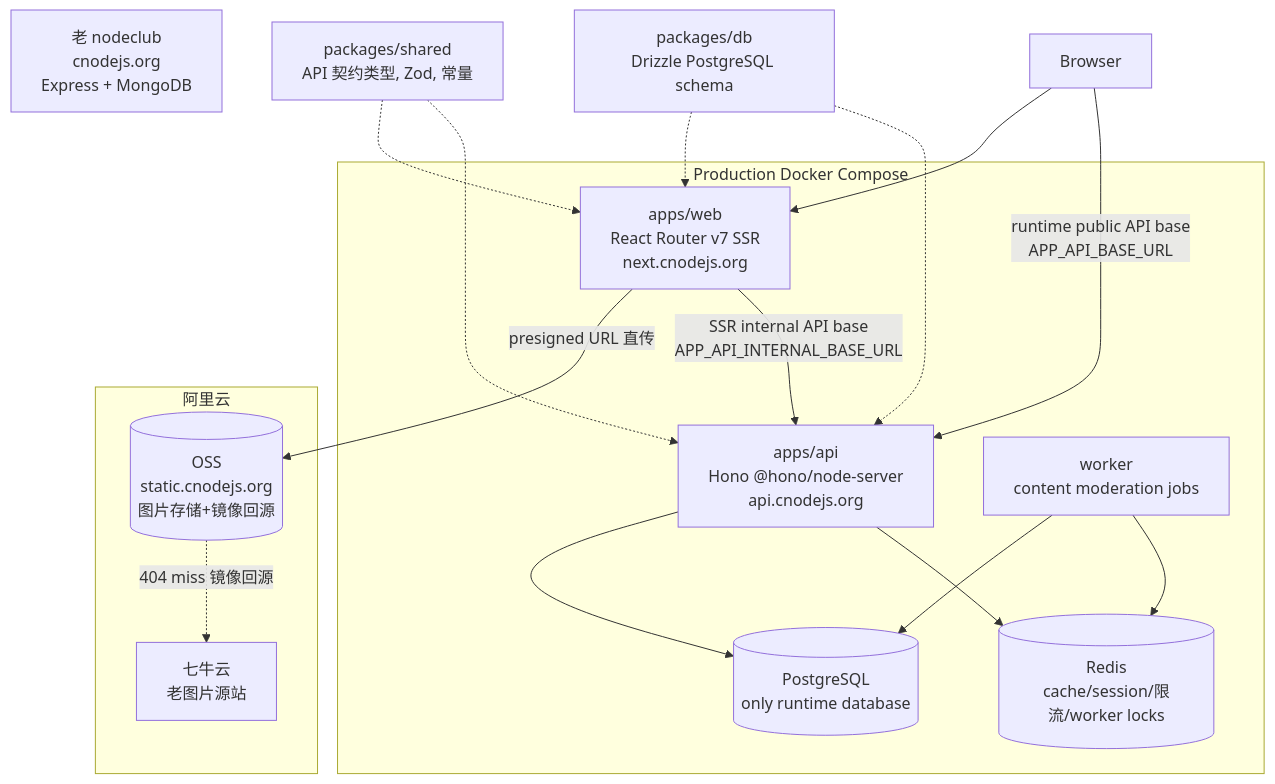
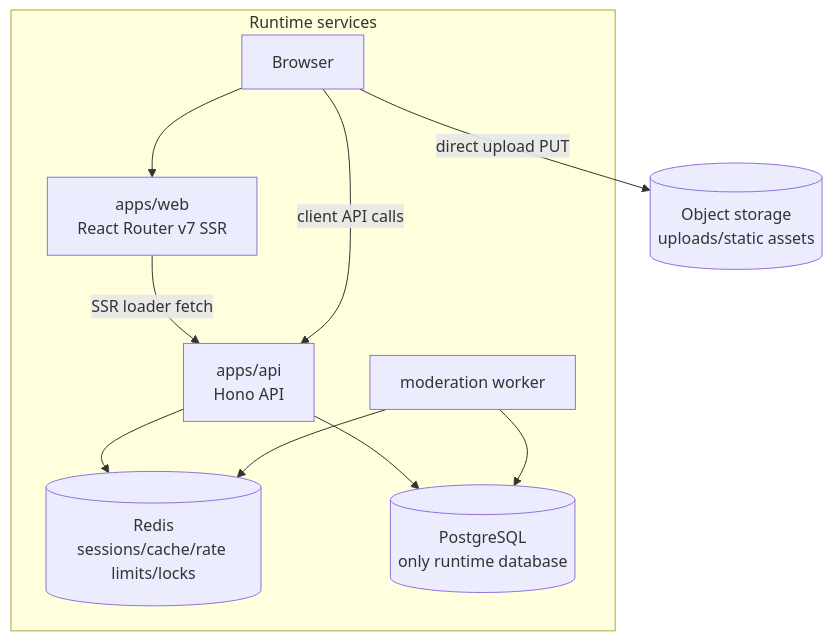
One commit to cnodejs/cnode-next changed the first of 3 diagrams in docs/architecture.md. Above: the diagram before and after it, drawn with Mermaid. The commit also changed other lines of this file and 67 other files, not shown here.

````diff
--- a/docs/architecture.md
+++ b/docs/architecture.md
@@ -7,34 +9,22 @@
 ```mermaid
 graph TB
-  subgraph SERVER [Production Docker Compose]
-    WEB[apps/web<br/>React Router v7 SSR<br/>next.cnodejs.org]
-    API[apps/api<br/>Hono @hono/node-server<br/>api.cnodejs.org]
-    WORKER[worker<br/>content moderation jobs]
-    REDIS[(Redis<br/>cache/session/限流/worker locks)]
-    PG[(PostgreSQL<br/>only runtime database)]
+  subgraph Runtime[Runtime services]
+    Browser[Browser]
+    Web[apps/web<br/>React Router v7 SSR]
+    Api[apps/api<br/>Hono API]
+    Worker[moderation worker]
+    Redis[(Redis<br/>sessions/cache/rate limits/locks)]
+    Pg[(PostgreSQL<br/>only runtime database)]
   end
 
-  subgraph ALIYUN [阿里云]
-    OSS[(OSS<br/>static.cnodejs.org<br/>图片存储+镜像回源)]
-    QINIU[七牛云<br/>老图片源站]
-  end
+  Oss[(Object storage<br/>uploads/static assets)]
 
-  OLD[老 nodeclub<br/>cnodejs.org<br/>Express + MongoDB]
-
-  WEB -->|SSR internal API base<br/>APP_API_INTERNAL_BASE_URL| API
-  BROWSER[Browser] -->|runtime public API base<br/>APP_API_BASE_URL| API
-  BROWSER --> WEB
-  WEB -->|presigned URL 直传| OSS
-  API --> REDIS
-  API --> PG
-  WORKER --> REDIS
-  WORKER --> PG
-  OSS -.->|404 miss 镜像回源| QINIU
-
-  SHARED[packages/shared<br/>API 契约类型, Zod, 常量]
-  DBPKG[packages/db<br/>Drizzle PostgreSQL schema]
-  DBPKG -.-> API
-  DBPKG -.-> WEB
-  SHARED -.-> API
-  SHARED -.-> WEB
+  Browser --> Web
+  Web -->|SSR loader fetch| Api
+  Browser -->|client API calls| Api
+  Browser -->|direct upload PUT| Oss
+  Api --> Redis
+  Api --> Pg
+  Worker --> Redis
+  Worker --> Pg
 ```
````
